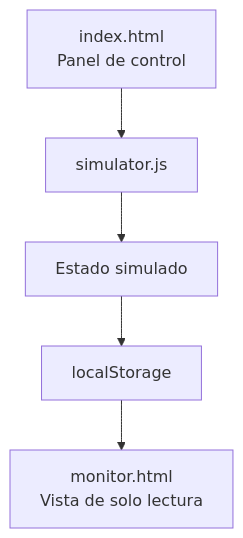
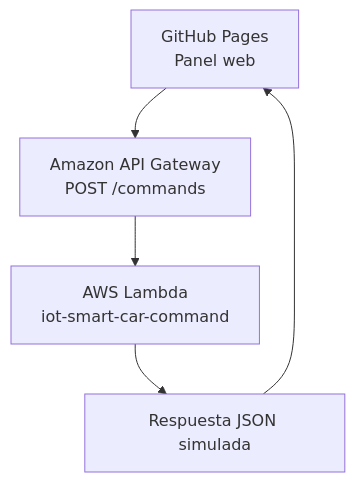
One commit to Josue-Isai-Sanchez-Santos/iot-smart-car-aws changed the third of 3 diagrams in diagrams/architecture.md. Above: the diagram before and after it, drawn with Mermaid. The commit also changed other lines of this file and 3 other files, not shown here.

Commit message:
feat: conectar dashboard con API Gateway y Lambda simulada

````diff
--- a/diagrams/architecture.md
+++ b/diagrams/architecture.md
@@ -129,7 +129,7 @@
 ```mermaid
 flowchart TD
-    A[index.html<br>Panel de control] --> B[simulator.js]
-    B --> C[Estado simulado]
-    C --> D[localStorage]
-    D --> E[monitor.html<br>Vista de solo lectura]
+    A[GitHub Pages<br>Panel web] --> B[Amazon API Gateway<br>POST /commands]
+    B --> C[AWS Lambda<br>iot-smart-car-command]
+    C --> D[Respuesta JSON simulada]
+    D --> A
 ```
````
